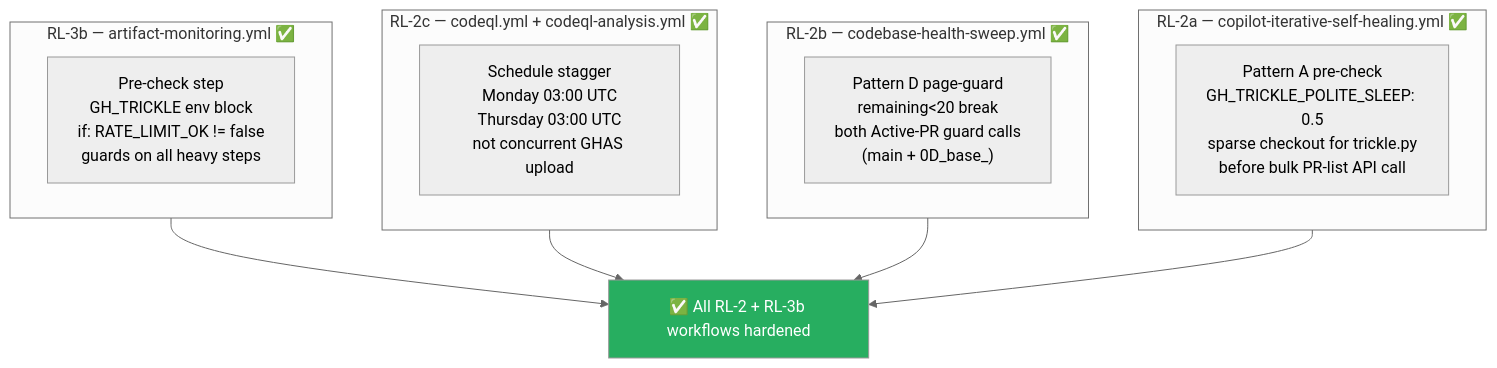
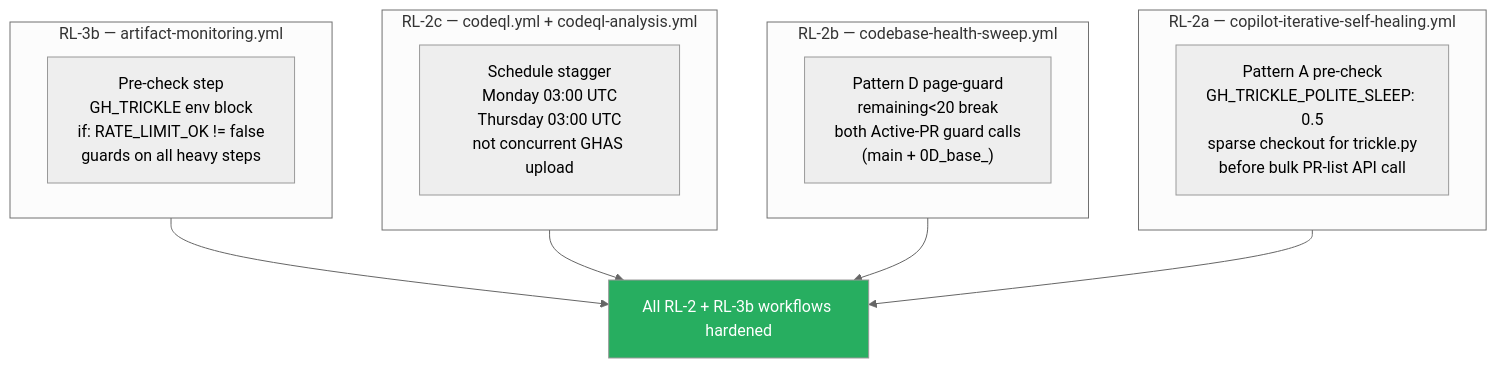
The tenth of 26 diagrams in docs/sessions/PR4346_session_diagram.md (Aries-Serpent/_codex_), drawn with Mermaid (neutral theme) before and after one commit. The commit also changed other lines of this file and 2029 other files, not shown here.

````diff
--- a/docs/sessions/PR4346_session_diagram.md
+++ b/docs/sessions/PR4346_session_diagram.md
@@ -267,24 +269,24 @@
 ```mermaid
 %%{init: {'accessibility': {'title': 'Flowchart showing "Pattern A pre-check\nGH_TRICKLE_POLITE_SLEEP: 0.5\nsparse checkout for trickle.py\nbefore bulk PR-list API call", "Pattern D page-guard\nremaining<20 break\nboth Active-PR guard calls\n(main + 0D_base_)"'}}%%
 flowchart TB
-    subgraph "RL-2a — copilot-iterative-self-healing.yml ✅"
+    subgraph "RL-2a — copilot-iterative-self-healing.yml "
         direction LR
         RL2A["Pattern A pre-check\nGH_TRICKLE_POLITE_SLEEP: 0.5\nsparse checkout for trickle.py\nbefore bulk PR-list API call"]
     end
-    subgraph "RL-2b — codebase-health-sweep.yml ✅"
+    subgraph "RL-2b — codebase-health-sweep.yml "
         direction LR
         RL2B["Pattern D page-guard\nremaining<20 break\nboth Active-PR guard calls\n(main + 0D_base_)"]
     end
-    subgraph "RL-2c — codeql.yml + codeql-analysis.yml ✅"
+    subgraph "RL-2c — codeql.yml + codeql-analysis.yml "
         direction LR
         RL2C["Schedule stagger\nMonday 03:00 UTC\nThursday 03:00 UTC\nnot concurrent GHAS upload"]
     end
-    subgraph "RL-3b — artifact-monitoring.yml ✅"
+    subgraph "RL-3b — artifact-monitoring.yml "
         direction LR
         RL3B["Pre-check step\nGH_TRICKLE env block\nif: RATE_LIMIT_OK != false\nguards on all heavy steps"]
     end
 
-    RL2A & RL2B & RL2C & RL3B --> DONE["✅ All RL-2 + RL-3b workflows hardened"]
+    RL2A & RL2B & RL2C & RL3B --> DONE[" All RL-2 + RL-3b workflows hardened"]
 
     style DONE fill:#27ae60,color:#fff
 ```
````
